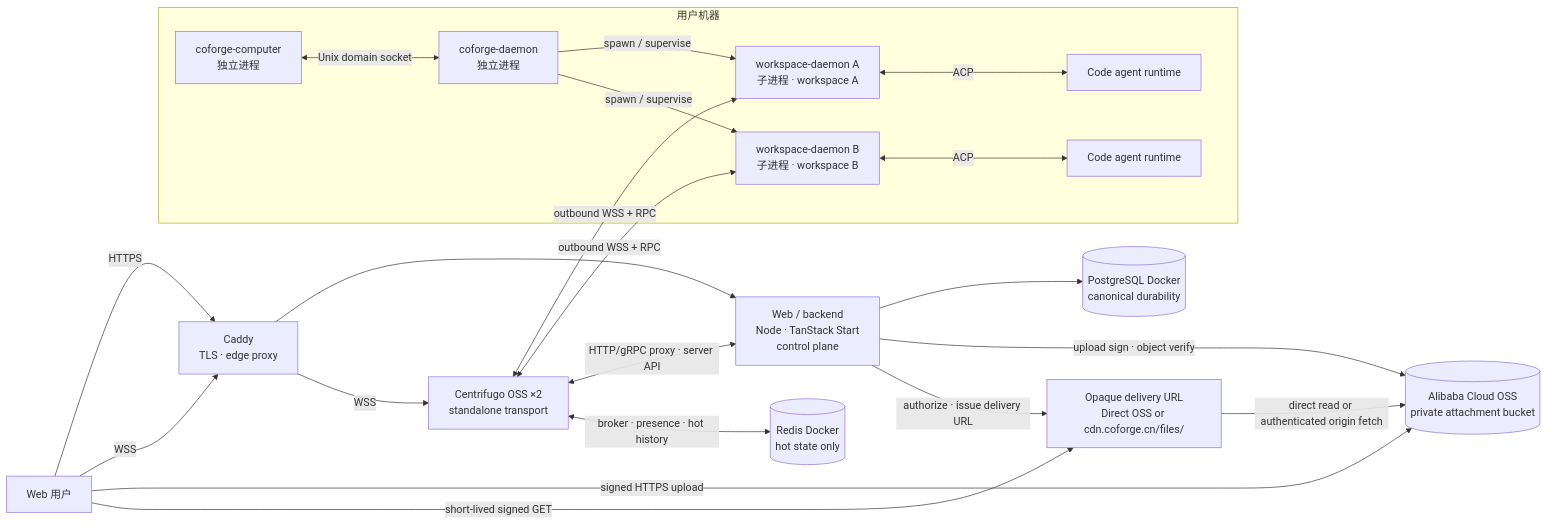
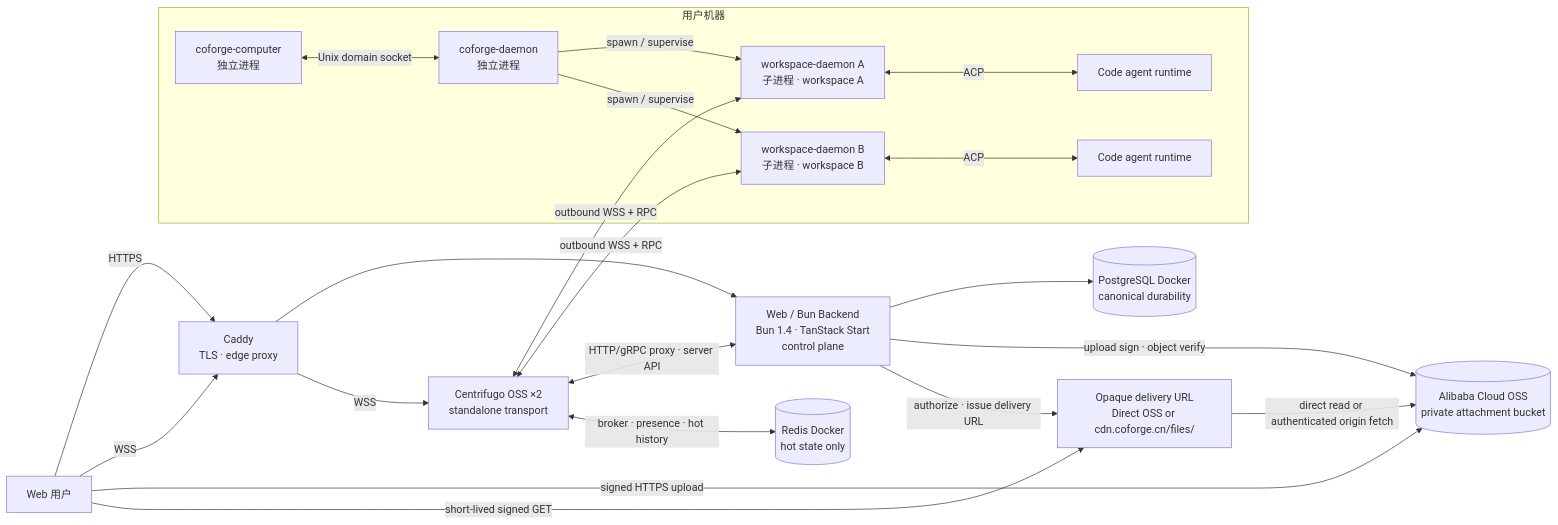
One commit to LRM-Teams/coforge changed the diagram in docs/architecture.md. Above: the diagram before and after it, drawn with Mermaid. The commit also changed other lines of this file and 3 other files, not shown here.

````diff
--- a/docs/architecture.md
+++ b/docs/architecture.md
@@ -25,33 +25,33 @@
 ```mermaid
 flowchart LR
     User[Web 用户] -->|HTTPS| Caddy[Caddy<br/>TLS · edge proxy]
     User -->|WSS| Caddy
     User -->|signed HTTPS upload| OSS[(Alibaba Cloud OSS<br/>private attachment bucket)]
     User -->|short-lived signed GET| Delivery[Opaque delivery URL<br/>Direct OSS or cdn.coforge.cn/files/]
-    Caddy --> Web[Web / backend<br/>Node · TanStack Start<br/>control plane]
+    Caddy --> Web[Web / Bun Backend<br/>Bun 1.4 · TanStack Start<br/>control plane]
     Caddy -->|WSS| Realtime[Centrifugo OSS ×2<br/>standalone transport]
     Web --> DB[(PostgreSQL Docker<br/>canonical durability)]
     Realtime <-->|HTTP/gRPC proxy · server API| Web
     Realtime <-->|broker · presence · hot history| Redis[(Redis Docker<br/>hot state only)]
     Web -->|upload sign · object verify| OSS
     Web -->|authorize · issue delivery URL| Delivery
     Delivery -->|direct read or authenticated origin fetch| OSS
 
     subgraph Host[用户机器]
         Computer[coforge-computer<br/>独立进程]
         Daemon[coforge-daemon<br/>独立进程]
         WD1[workspace-daemon A<br/>子进程 · workspace A]
         WD2[workspace-daemon B<br/>子进程 · workspace B]
         Agent1[Code agent runtime]
         Agent2[Code agent runtime]
 
         Computer <-->|Unix domain socket| Daemon
         Daemon -->|spawn / supervise| WD1
         Daemon -->|spawn / supervise| WD2
         WD1 <-->|ACP| Agent1
         WD2 <-->|ACP| Agent2
     end
 
     Realtime <-->|outbound WSS + RPC| WD1
     Realtime <-->|outbound WSS + RPC| WD2
 ```
````
